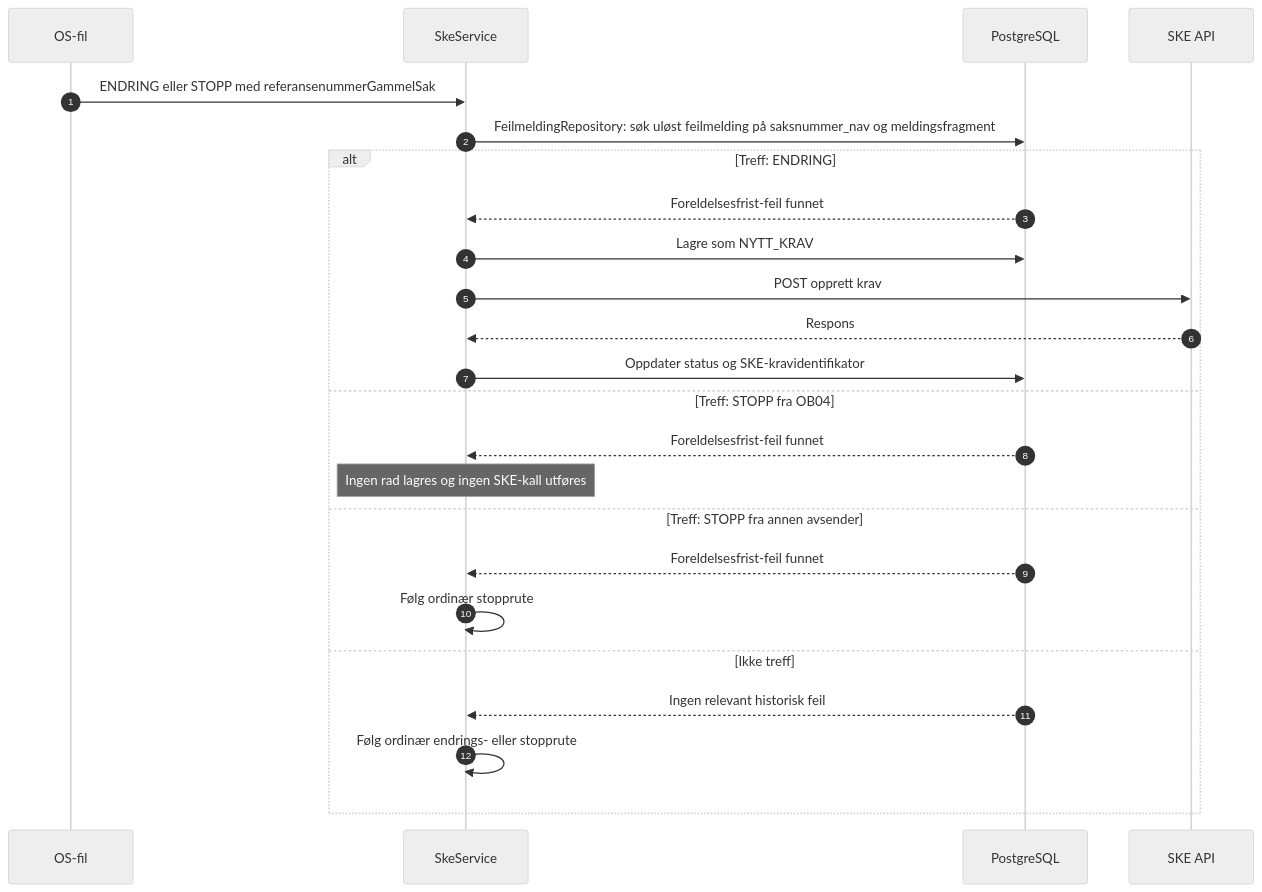
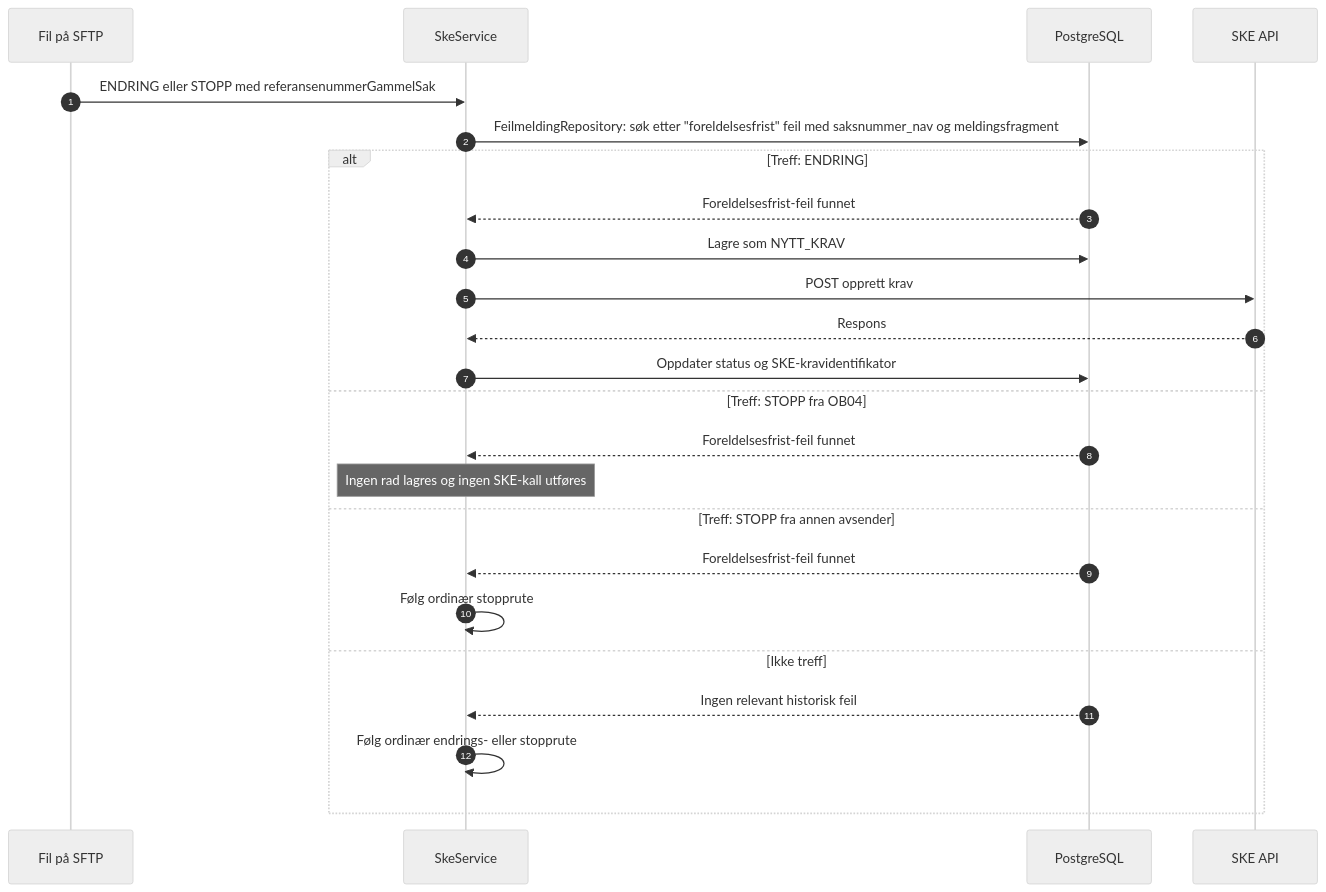
Before and after one commit to navikt/sokos-ske-krav: the second of 2 diagrams in dokumentasjon/Oppryddingsspor_foreldelsesfrist.md, drawn with Mermaid (neutral theme). The commit also changed other lines of this file and 13 other files, not shown here.

````diff
--- a/dokumentasjon/Oppryddingsspor_foreldelsesfrist.md
+++ b/dokumentasjon/Oppryddingsspor_foreldelsesfrist.md
@@ -45,27 +50,27 @@
 ```mermaid
 sequenceDiagram
     autonumber
-    participant OS as OS-fil
+    participant OS as Fil på SFTP
     participant SkeService
     participant DB as PostgreSQL
     participant SKE as SKE API
 
     OS->>SkeService: ENDRING eller STOPP med referansenummerGammelSak
-    SkeService->>DB: FeilmeldingRepository: søk uløst feilmelding på saksnummer_nav og meldingsfragment
+    SkeService->>DB: FeilmeldingRepository: søk etter "foreldelsesfrist" feil med saksnummer_nav og meldingsfragment
     alt Treff: ENDRING
         DB-->>SkeService: Foreldelsesfrist-feil funnet
         SkeService->>DB: Lagre som NYTT_KRAV
         SkeService->>SKE: POST opprett krav
         SKE-->>SkeService: Respons
         SkeService->>DB: Oppdater status og SKE-kravidentifikator
     else Treff: STOPP fra OB04
         DB-->>SkeService: Foreldelsesfrist-feil funnet
         Note over SkeService: Ingen rad lagres og ingen SKE-kall utføres
     else Treff: STOPP fra annen avsender
         DB-->>SkeService: Foreldelsesfrist-feil funnet
         SkeService->>SkeService: Følg ordinær stopprute
     else Ikke treff
         DB-->>SkeService: Ingen relevant historisk feil
         SkeService->>SkeService: Følg ordinær endrings- eller stopprute
     end
 ```
````
